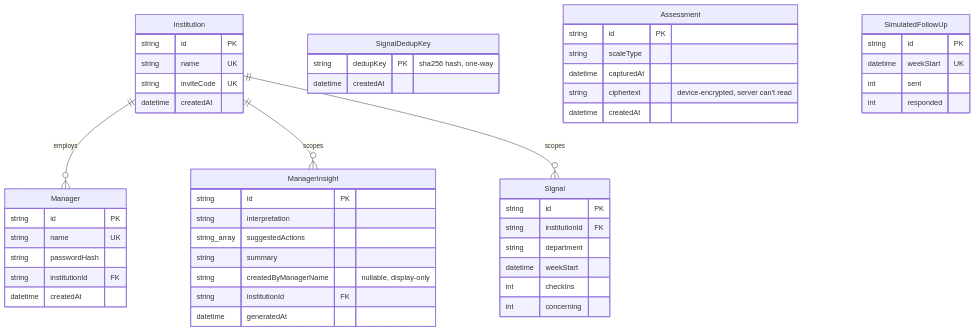
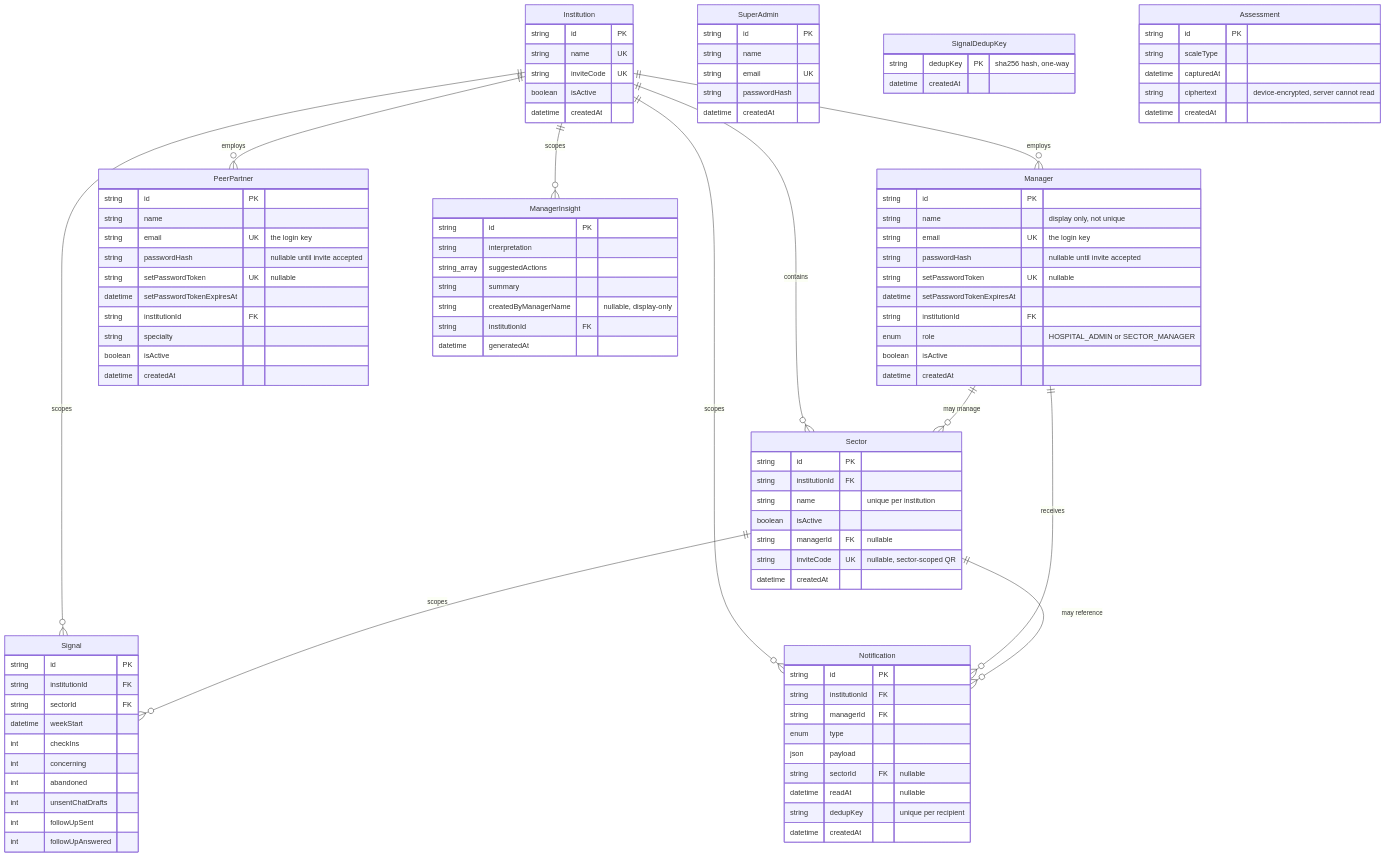
Before and after one commit to Develophys/zelo: the first of 3 diagrams in general-documentations/architecture-reference.md, drawn with Mermaid. The commit also changed other lines of this file and 397 other files, not shown here.

````diff
--- a/general-documentations/architecture-reference.md
+++ b/general-documentations/architecture-reference.md
@@ -129,19 +174,60 @@
 ```mermaid
 erDiagram
     Institution ||--o{ Manager : "employs"
+    Institution ||--o{ PeerPartner : "employs"
+    Institution ||--o{ Sector : "contains"
     Institution ||--o{ ManagerInsight : "scopes"
     Institution ||--o{ Signal : "scopes"
+    Institution ||--o{ Notification : "scopes"
+    Manager ||--o{ Sector : "may manage"
+    Manager ||--o{ Notification : "receives"
+    Sector ||--o{ Signal : "scopes"
+    Sector ||--o{ Notification : "may reference"
     Institution {
         string id PK
         string name UK
         string inviteCode UK
+        boolean isActive
+        datetime createdAt
+    }
+    Sector {
+        string id PK
+        string institutionId FK
+        string name "unique per institution"
+        boolean isActive
+        string managerId FK "nullable"
+        string inviteCode UK "nullable, sector-scoped QR"
         datetime createdAt
     }
     Manager {
         string id PK
-        string name UK
+        string name "display only, not unique"
+        string email UK "the login key"
+        string passwordHash "nullable until invite accepted"
+        string setPasswordToken UK "nullable"
+        datetime setPasswordTokenExpiresAt
+        string institutionId FK
+        enum role "HOSPITAL_ADMIN or SECTOR_MANAGER"
+        boolean isActive
+        datetime createdAt
+    }
+    PeerPartner {
+        string id PK
+        string name
+        string email UK "the login key"
+        string passwordHash "nullable until invite accepted"
+        string setPasswordToken UK "nullable"
+        datetime setPasswordTokenExpiresAt
+        string institutionId FK
+        string specialty
+        boolean isActive
+        datetime createdAt
+    }
+    SuperAdmin {
+        string id PK
+        string name
+        string email UK
         string passwordHash
-        string institutionId FK
         datetime createdAt
     }
     ManagerInsight {
@@ -156,26 +242,35 @@
     Signal {
         string id PK
         string institutionId FK
-        string department
+        string sectorId FK
         datetime weekStart
         int checkIns
         int concerning
+        int abandoned
+        int unsentChatDrafts
+        int followUpSent
+        int followUpAnswered
     }
     SignalDedupKey {
         string dedupKey PK "sha256 hash, one-way"
+        datetime createdAt
+    }
+    Notification {
+        string id PK
+        string institutionId FK
+        string managerId FK
+        enum type
+        json payload
+        string sectorId FK "nullable"
+        datetime readAt "nullable"
+        string dedupKey "unique per recipient"
         datetime createdAt
     }
     Assessment {
         string id PK
         string scaleType
         datetime capturedAt
-        string ciphertext "device-encrypted, server can't read"
+        string ciphertext "device-encrypted, server cannot read"
         datetime createdAt
     }
-    SimulatedFollowUp {
-        string id PK
-        datetime weekStart UK
-        int sent
-        int responded
-    }
 ```
````
